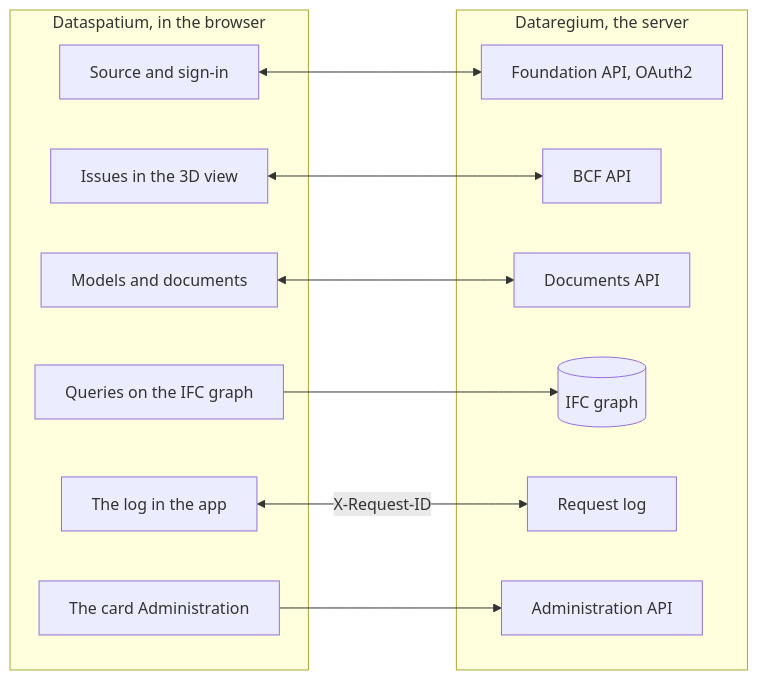
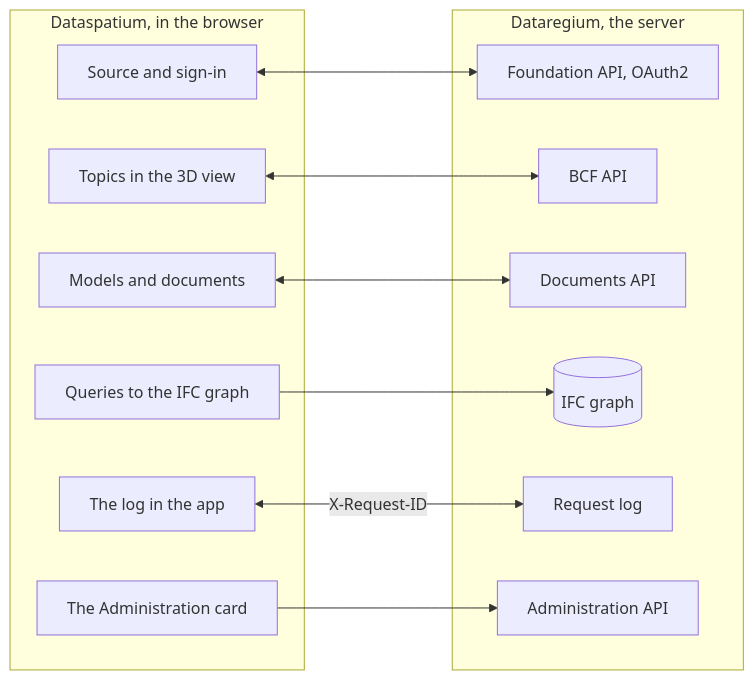
One commit to marwiss/Kontroll changed the diagram in docs/en/README.md. Above: the diagram before and after it, drawn with Mermaid. The commit also changed other lines of this file and 6 other files, not shown here.

````diff
--- a/docs/en/README.md
+++ b/docs/en/README.md
@@ -276,25 +369,25 @@
 ```mermaid
 flowchart LR
     subgraph app ["Dataspatium, in the browser"]
         source["Source and sign-in"]
-        issues["Issues in the 3D view"]
+        issues["Topics in the 3D view"]
         files["Models and documents"]
-        queries["Queries on the IFC graph"]
+        queries["Queries to the IFC graph"]
         log["The log in the app"]
-        admin["The card Administration"]
+        admin["The Administration card"]
     end
     subgraph server ["Dataregium, the server"]
         foundation["Foundation API, OAuth2"]
         bcf["BCF API"]
         documents["Documents API"]
         ifcgraph[("IFC graph")]
         requests["Request log"]
         adminapi["Administration API"]
     end
     source <--> foundation
     issues <--> bcf
     files <--> documents
     queries --> ifcgraph
     log <-- "X-Request-ID" --> requests
     admin --> adminapi
 ```
````
